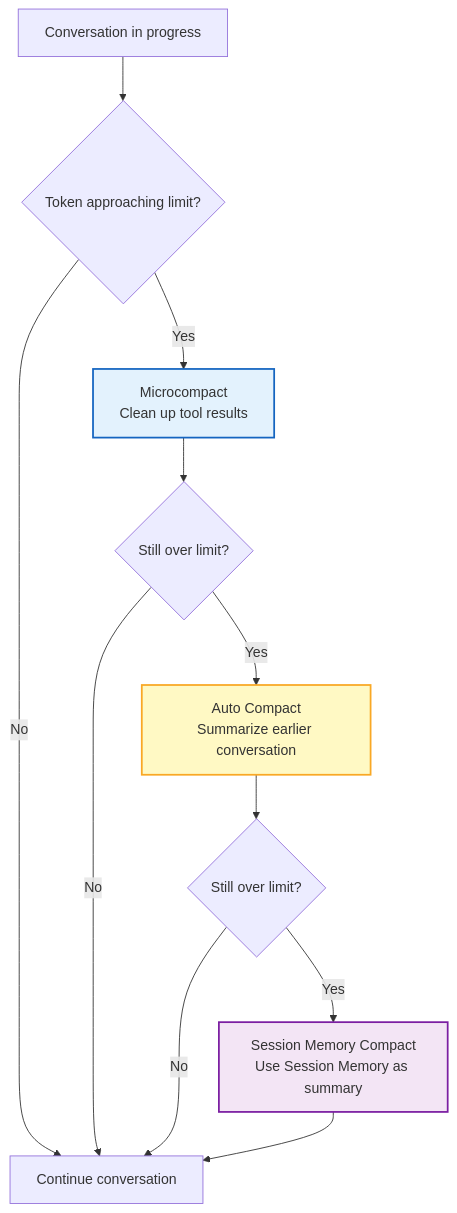
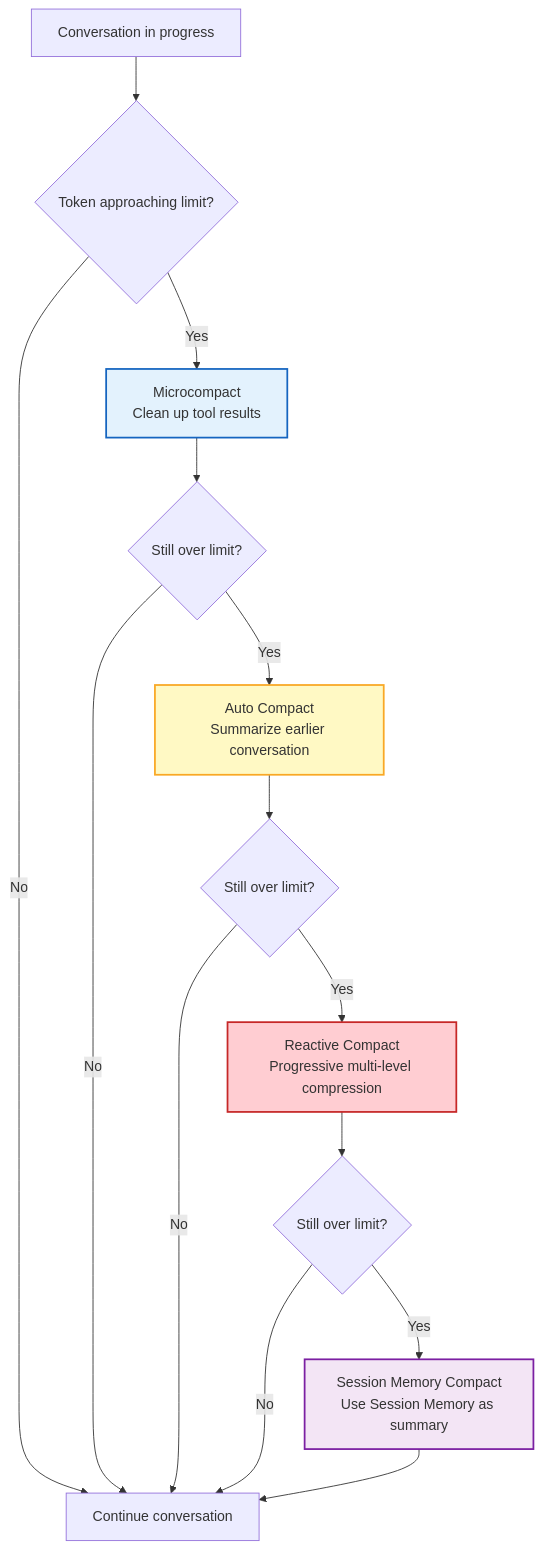
The eighth of 12 diagrams in src/content/docs/en/architecture/backend.md (rtc-agent/docs), drawn with Mermaid before and after one commit. The commit also changed other lines of this file and 13 other files, not shown here.

````diff
--- a/src/content/docs/en/architecture/backend.md
+++ b/src/content/docs/en/architecture/backend.md
@@ -197,17 +228,21 @@
 ```mermaid
 flowchart TD
     A[Conversation in progress] --> B{Token approaching limit?}
     B -->|No| C[Continue conversation]
     B -->|Yes| D[Microcompact<br/>Clean up tool results]
     D --> E{Still over limit?}
     E -->|No| C
     E -->|Yes| F[Auto Compact<br/>Summarize earlier conversation]
     F --> G{Still over limit?}
     G -->|No| C
-    G -->|Yes| H[Session Memory Compact<br/>Use Session Memory as summary]
-    H --> C
+    G -->|Yes| H[Reactive Compact<br/>Progressive multi-level compression]
+    H --> I{Still over limit?}
+    I -->|No| C
+    I -->|Yes| J[Session Memory Compact<br/>Use Session Memory as summary]
+    J --> C
 
     style D fill:#e3f2fd,stroke:#1565c0,stroke-width:2px
     style F fill:#fff9c4,stroke:#f9a825,stroke-width:2px
-    style H fill:#f3e5f5,stroke:#7b1fa2,stroke-width:2px
+    style H fill:#ffcdd2,stroke:#c62828,stroke-width:2px
+    style J fill:#f3e5f5,stroke:#7b1fa2,stroke-width:2px
 ```
````
